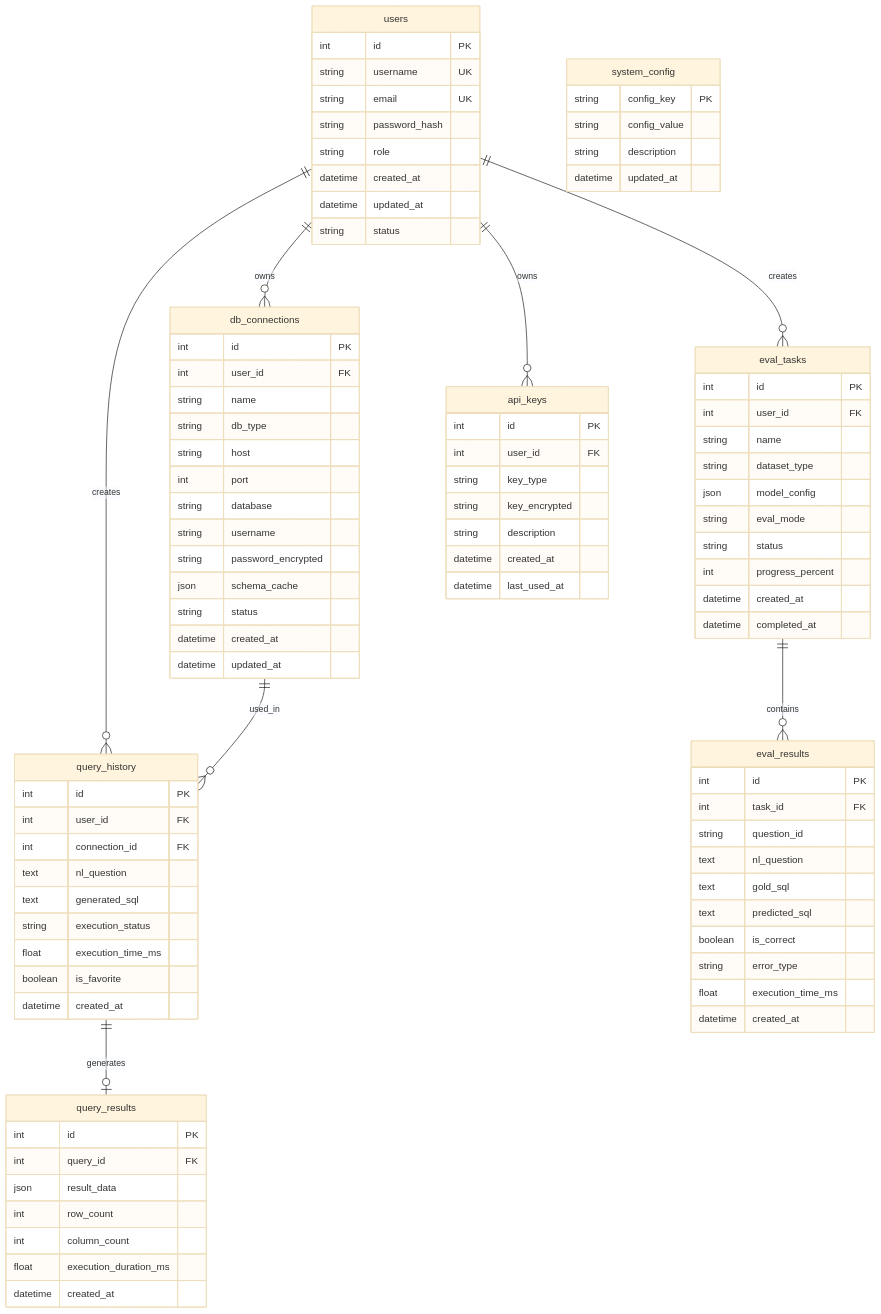
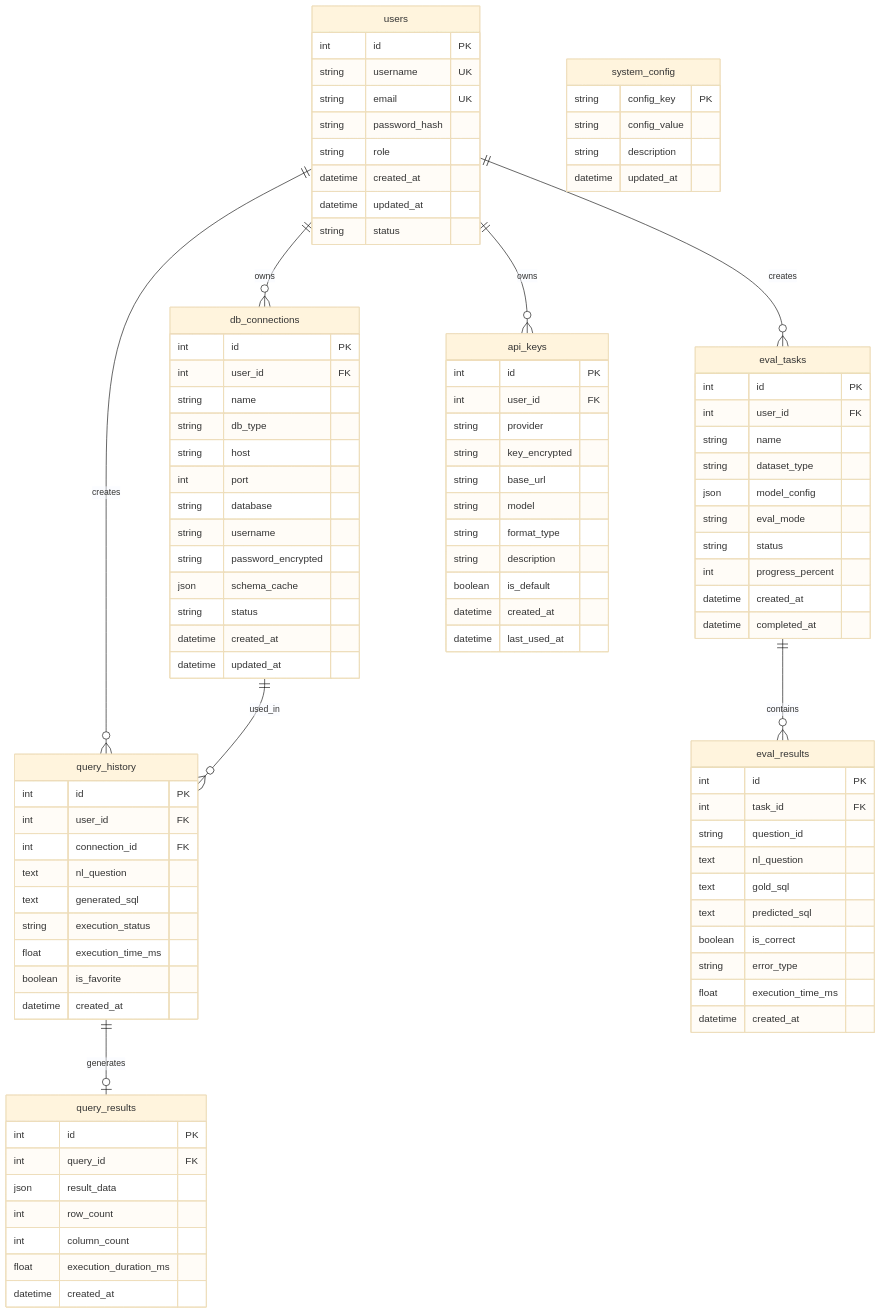
The diagram in project/text-to-sql-prototype/docs/04-Database-Design.md (jscomet/text-to-sql-paper), drawn with Mermaid (base theme) before and after one commit. The commit also changed other lines of this file and 2 other files, not shown here.

```diff
--- a/project/text-to-sql-prototype/docs/04-Database-Design.md
+++ b/project/text-to-sql-prototype/docs/04-Database-Design.md
@@ -108,9 +108,13 @@
     api_keys {
         int id PK
         int user_id FK
-        string key_type
+        string provider
         string key_encrypted
+        string base_url
+        string model
+        string format_type
         string description
+        boolean is_default
         datetime created_at
         datetime last_used_at
     }
```
